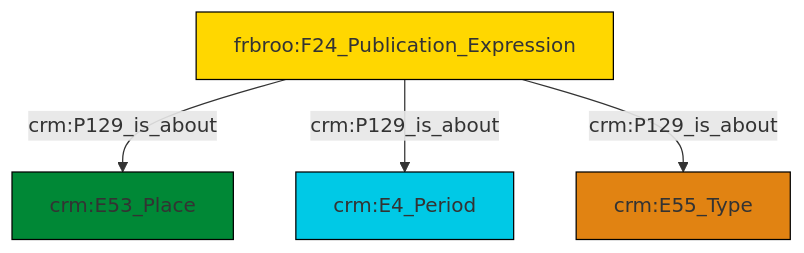
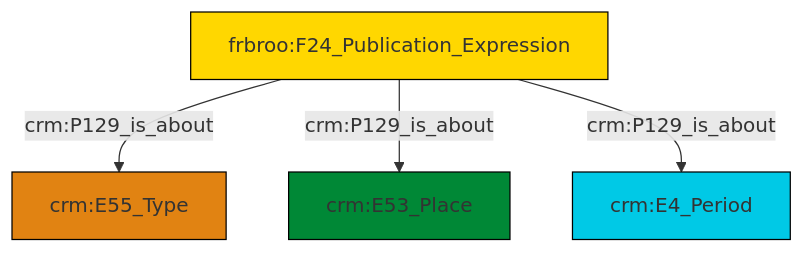
Before and after one commit to swiss-art-research-net/docs.swissartresearch: the diagram in et/biblioCSV/ttl/mmd/biblio_aboutness.ttl.mmd, drawn with Mermaid. The commit also changed 204 other files, not shown here.

```diff
--- a/et/biblioCSV/ttl/mmd/biblio_aboutness.ttl.mmd
+++ b/et/biblioCSV/ttl/mmd/biblio_aboutness.ttl.mmd
@@ -1,18 +1,18 @@
 graph TD
 classDef Literal fill:#f2f2f2,stroke:#000000;
 classDef CRM_Entity fill:#FFFFFF,stroke:#000000;
 classDef Temporal_Entity fill:#00C9E6, stroke:#000000;
 classDef Type fill:#E18312, stroke:#000000;
 classDef Time-Span fill:#2C9C91, stroke:#000000;
 classDef Appellation fill:#FFEB7F, stroke:#000000;
 classDef Place fill:#008836, stroke:#000000;
 classDef Persistent_Item fill:#B266B2, stroke:#000000;
 classDef Conceptual_Object fill:#FFD700, stroke:#000000;
 classDef Physical_Thing fill:#D2B48C, stroke:#000000;
 classDef Actor fill:#f58aad, stroke:#000000;
 classDef PC_Classes fill:#4ce600, stroke:#000000;
 classDef Multi fill:#cccccc,stroke:#000000;
 
+0["frbroo:F24_Publication_Expression"]:::Conceptual_Object -->|crm:P129_is_about| 1["crm:E55_Type"]:::Type
 0["frbroo:F24_Publication_Expression"]:::Conceptual_Object -->|crm:P129_is_about| 2["crm:E53_Place"]:::Place
 0["frbroo:F24_Publication_Expression"]:::Conceptual_Object -->|crm:P129_is_about| 3["crm:E4_Period"]:::Temporal_Entity
-0["frbroo:F24_Publication_Expression"]:::Conceptual_Object -->|crm:P129_is_about| 6["crm:E55_Type"]:::Type
```
